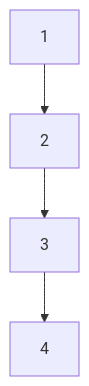
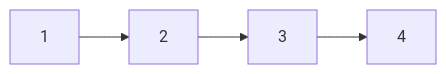
The diagram in vault/Problems.linked-lists.create-linked-list.md (NahomBefekadu/Dendron), drawn with Mermaid before and after one commit. The commit also changed other lines of this file and 17 other files, not shown here.

````diff
--- a/vault/Problems.linked-lists.create-linked-list.md
+++ b/vault/Problems.linked-lists.create-linked-list.md
@@ -19,6 +19,6 @@
 ```mermaid
-graph TD;
+graph LR;
     1-->2;
     2-->3;
     3-->4;
 ```
````
